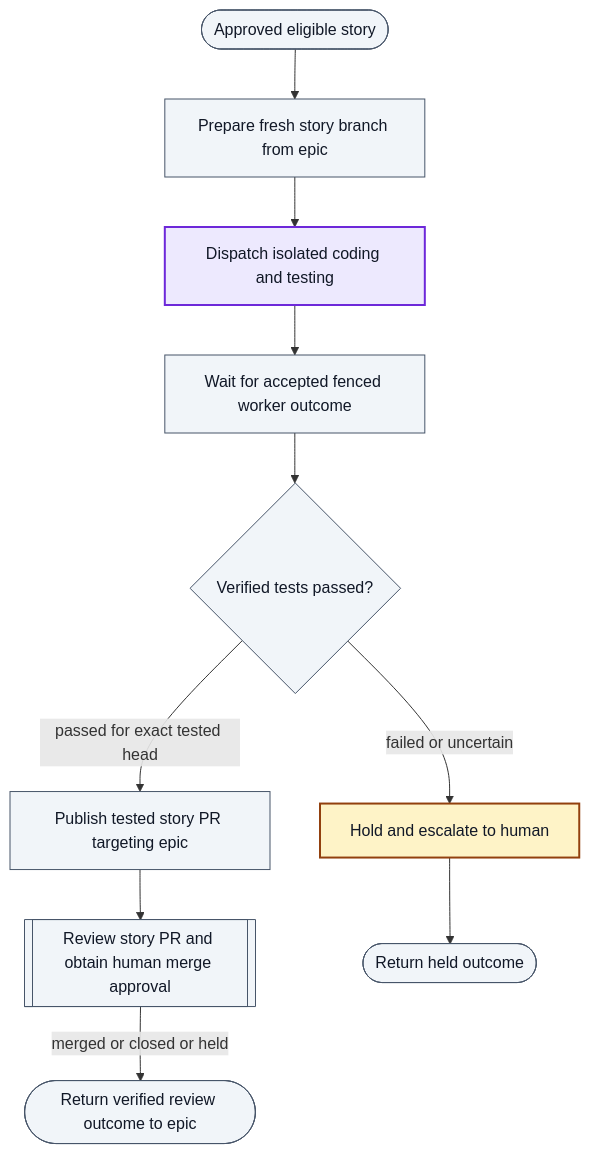
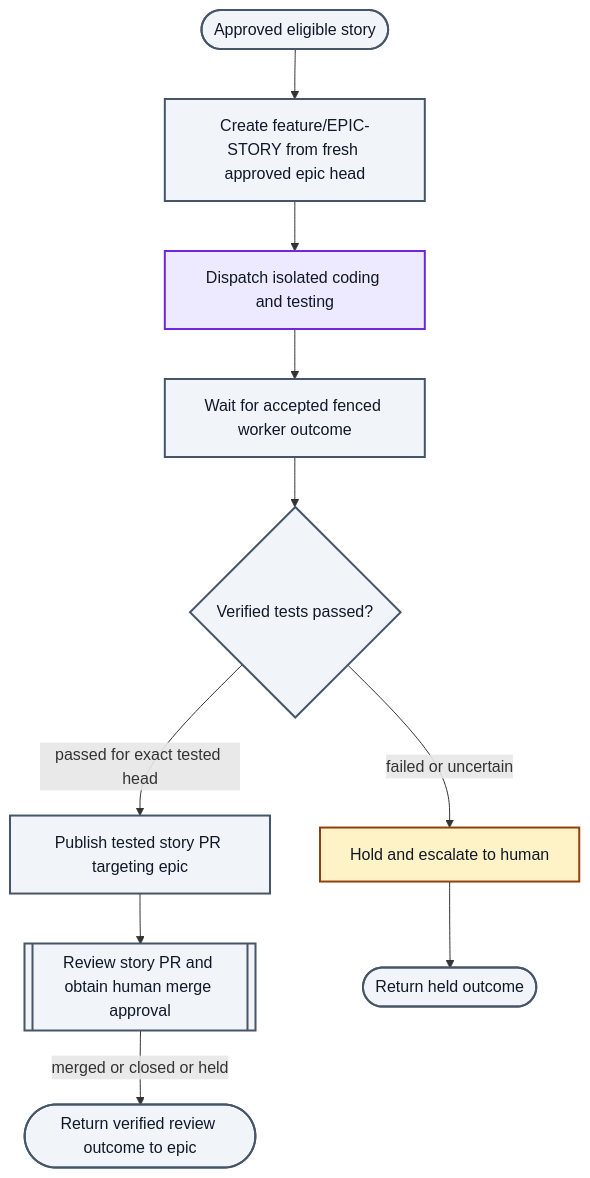
Before and after one commit to skizzay/forgeflow: the second of 4 diagrams in docs/architecture/workflow-reference.md, drawn with Mermaid. The commit also changed other lines of this file and 7 other files, not shown here.

````diff
--- a/docs/architecture/workflow-reference.md
+++ b/docs/architecture/workflow-reference.md
@@ -114,28 +129,28 @@
 ```mermaid
 flowchart TD
     storyStart(["Approved eligible story"])
-    prepareStoryBranch["Prepare fresh story branch from epic"]
+    prepareStoryBranch["Create feature/EPIC-STORY from fresh approved epic head"]
     dispatchImplementation["Dispatch isolated coding and testing"]
     awaitImplementation["Wait for accepted fenced worker outcome"]
     implementationResult{"Verified tests passed?"}
     publishStoryPR["Publish tested story PR targeting epic"]
     reviewStory[["Review story PR and obtain human merge approval"]]
     storyFinished(["Return verified review outcome to epic"])
     storyHold["Hold and escalate to human"]
     storyHeld(["Return held outcome"])
     storyStart --> prepareStoryBranch
     prepareStoryBranch --> dispatchImplementation
     dispatchImplementation --> awaitImplementation
     awaitImplementation --> implementationResult
     implementationResult -->|"passed for exact tested head"| publishStoryPR
     implementationResult -->|"failed or uncertain"| storyHold
     publishStoryPR --> reviewStory
     reviewStory -->|"merged or closed or held"| storyFinished
     storyHold --> storyHeld
     classDef agent fill:#ede9fe,stroke:#6d28d9,color:#111827,stroke-width:2px;
     classDef human fill:#fef3c7,stroke:#92400e,color:#111827,stroke-width:2px;
-    classDef automated fill:#f1f5f9,stroke:#475569,color:#111827;
+    classDef automated fill:#f1f5f9,stroke:#475569,color:#111827,stroke-width:2px;
     class dispatchImplementation agent;
     class storyHold human;
     class awaitImplementation,implementationResult,prepareStoryBranch,publishStoryPR,reviewStory,storyFinished,storyHeld,storyStart automated;
 ```
````
